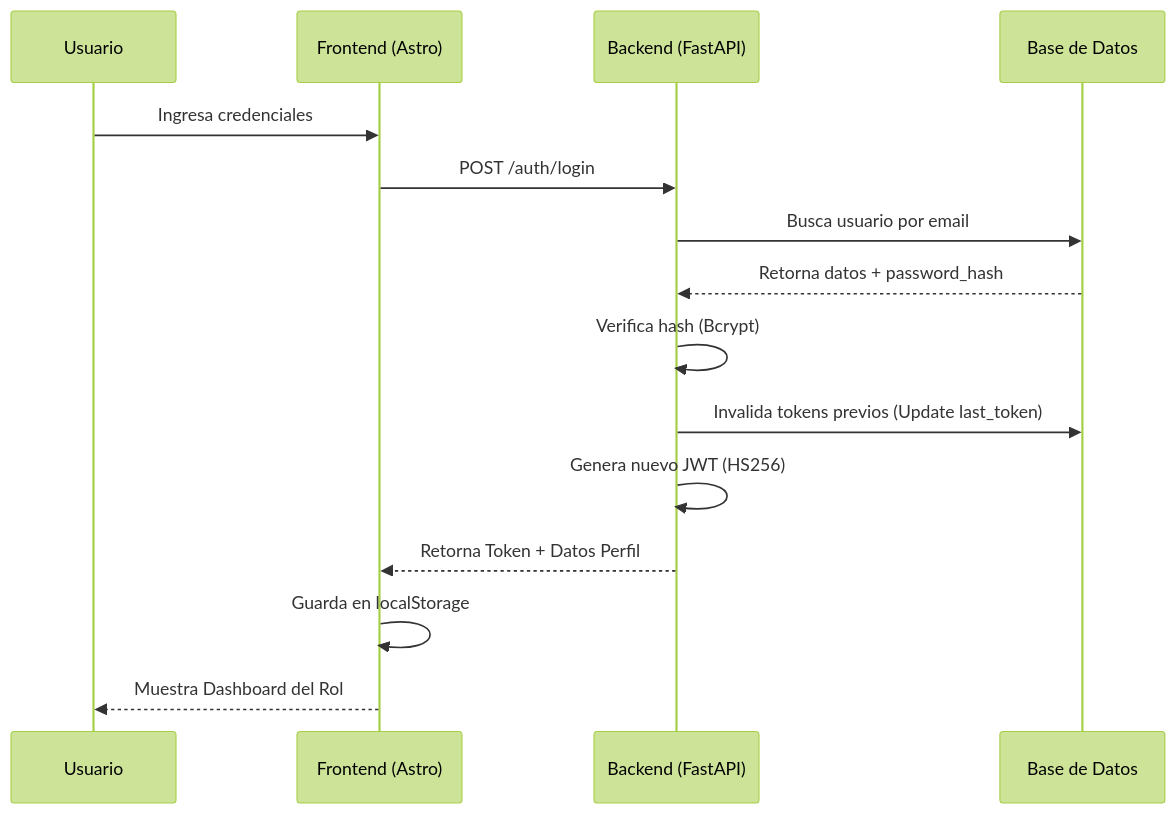
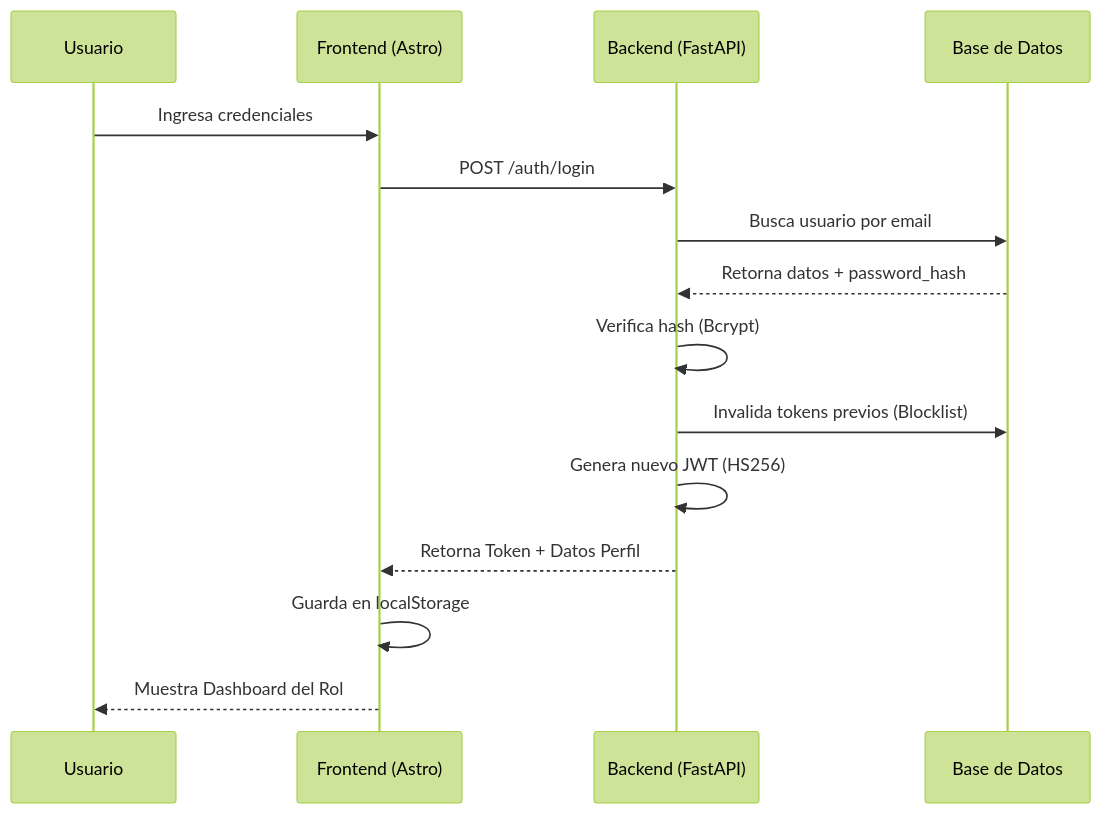
Before and after one commit to CTechuni/ctech_web: the third of 6 diagrams in requi.md, drawn with Mermaid (forest theme). The commit also changed other lines of this file and 2 other files, not shown here.

````diff
--- a/requi.md
+++ b/requi.md
@@ -130,18 +117,18 @@
 ```mermaid
 sequenceDiagram
     participant U as Usuario
     participant F as Frontend (Astro)
     participant B as Backend (FastAPI)
     participant D as Base de Datos
 
     U->>F: Ingresa credenciales
     F->>B: POST /auth/login
     B->>D: Busca usuario por email
     D-->>B: Retorna datos + password_hash
     B->>B: Verifica hash (Bcrypt)
-    B->>D: Invalida tokens previos (Update last_token)
+    B->>D: Invalida tokens previos (Blocklist)
     B->>B: Genera nuevo JWT (HS256)
     B-->>F: Retorna Token + Datos Perfil
     F->>F: Guarda en localStorage
     F-->>U: Muestra Dashboard del Rol
 ```
````
